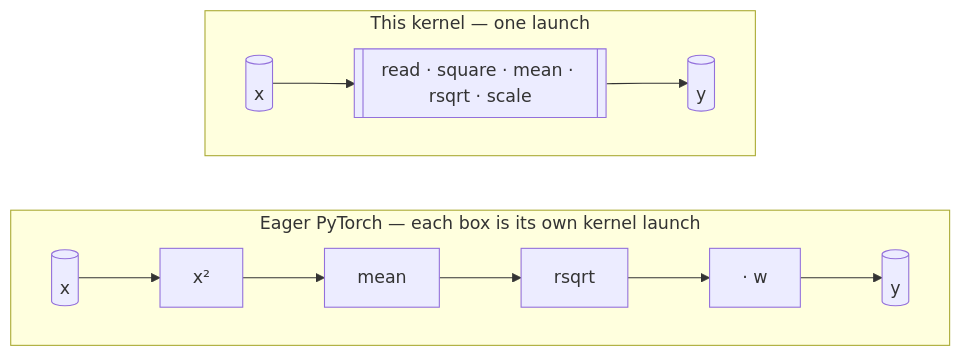
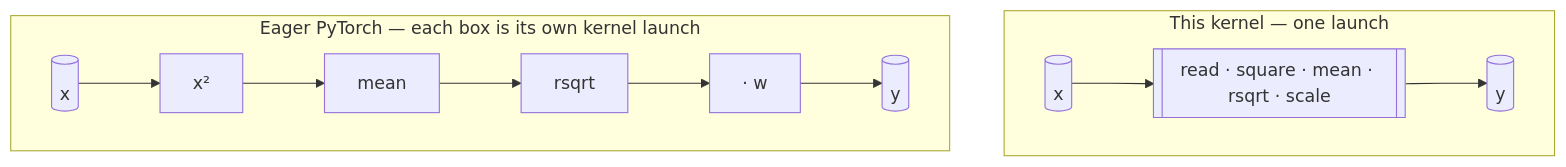
One commit to VikramChandraNarra/triton-rmsnorm changed the diagram in README.md. Above: the diagram before and after it, drawn with Mermaid. The commit also changed other lines of this file, not shown here.

First line of the commit message:
Polish README: rendered math, fix bar-chart clipping and diagram order

````diff
--- a/README.md
+++ b/README.md
@@ -51,11 +52,12 @@
 ```mermaid
 flowchart LR
     subgraph eager["Eager PyTorch — each box is its own kernel launch"]
         direction LR
         ex[("x")] --> sq["x²"] --> mn["mean"] --> rs["rsqrt"] --> mw["· w"] --> ey[("y")]
     end
     subgraph fused["This kernel — one launch"]
         direction LR
         fx[("x")] --> k[["read · square · mean · rsqrt · scale"]] --> fy[("y")]
     end
+    ey ~~~ fx
 ```
````
